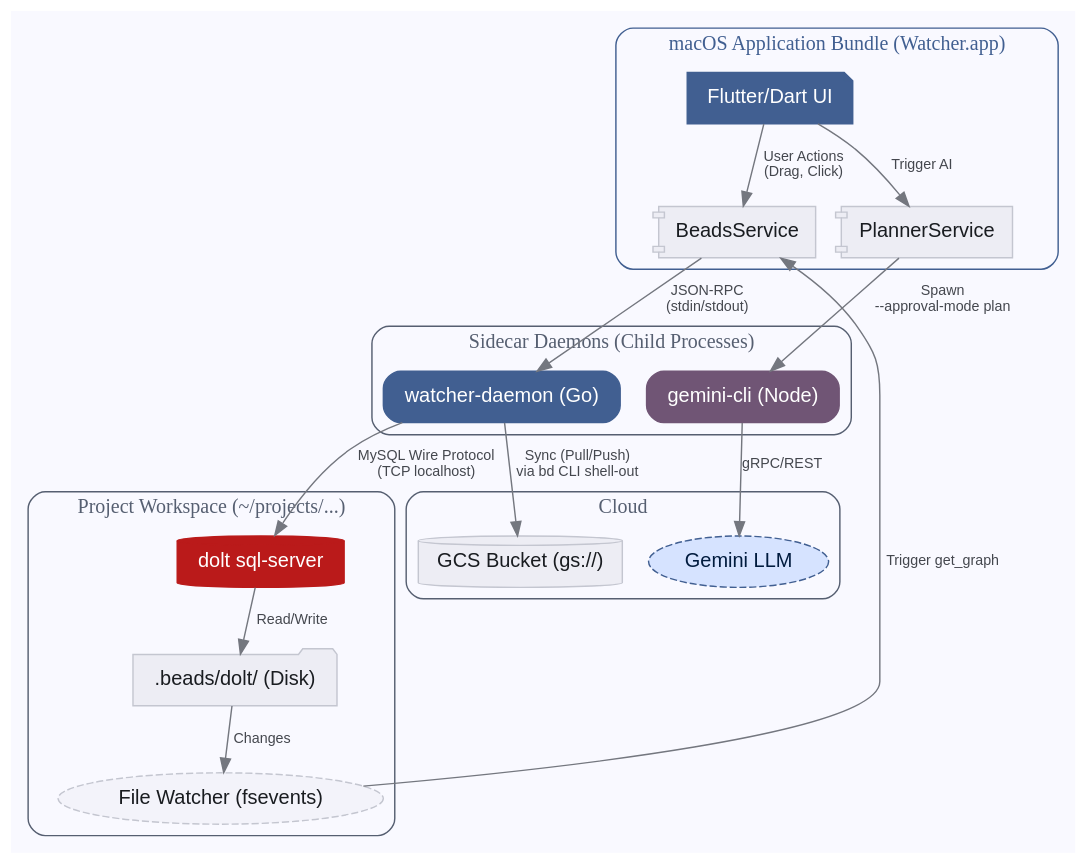
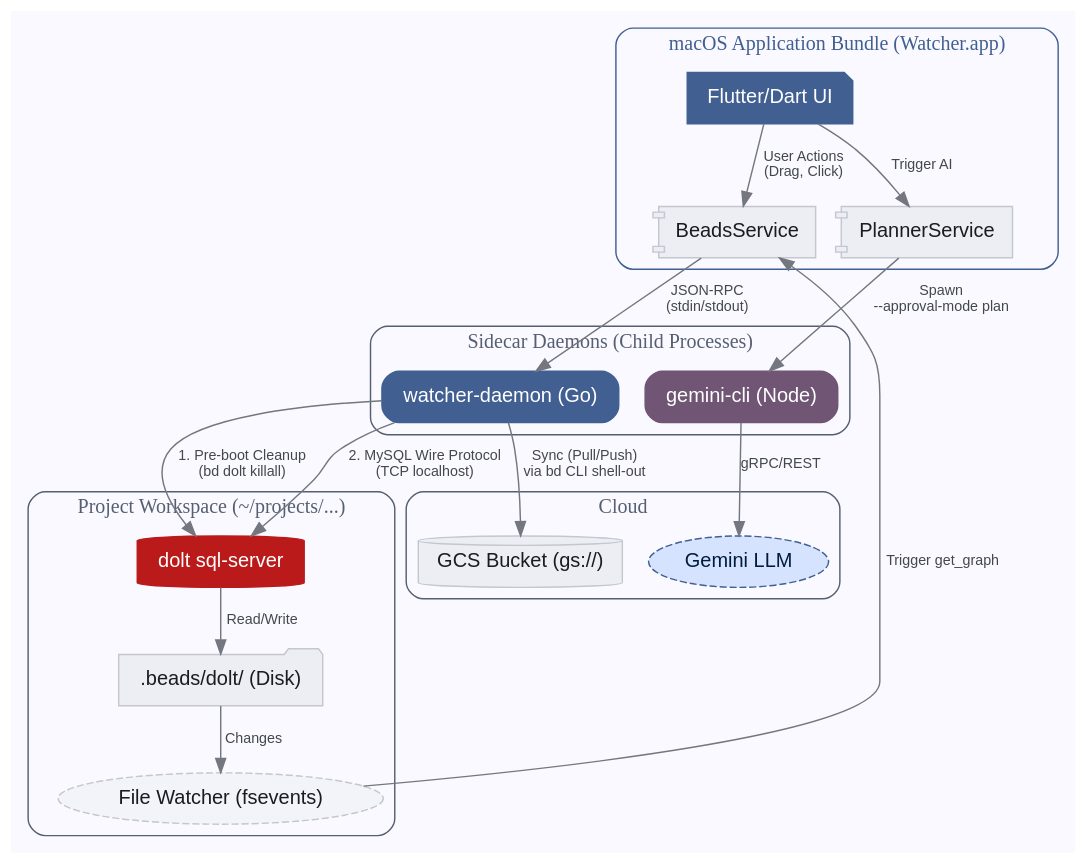
One commit to ghchinoy/watcher changed the diagram in docs/ipc_architecture.dot. Above: the diagram before and after it, drawn with Graphviz. The commit also changed 1 other file, not shown here.

Commit message:
docs: add pre-boot killall step to ipc architecture diagram

```diff
--- a/docs/ipc_architecture.dot
+++ b/docs/ipc_architecture.dot
@@ -1,65 +1,66 @@
 digraph G {
     node [shape=box, style="filled,rounded", fillcolor="#EDEDF4", color="#C4C6D0", fontname="Helvetica", fontcolor="#191C20"];
     edge [fontname="Helvetica", fontsize=10, color="#74777F", fontcolor="#44474E"];
     bgcolor="#F9F9FF";
     
     subgraph cluster_mac_app {
         label = "macOS Application Bundle (Watcher.app)";
         style = rounded;
         color = "#415F91";
         fontcolor = "#415F91";
         
         "Flutter/Dart UI" [shape=note, style="filled,rounded", fillcolor="#415F91", fontcolor="#FFFFFF", color="#415F91"];
         "BeadsService" [shape=component];
         "PlannerService" [shape=component];
         
         "Flutter/Dart UI" -> "BeadsService" [label=" User Actions\n(Drag, Click)"];
         "Flutter/Dart UI" -> "PlannerService" [label=" Trigger AI"];
     }
 
     subgraph cluster_daemon {
         label = "Sidecar Daemons (Child Processes)";
         style = rounded;
         color = "#565F71";
         fontcolor = "#565F71";
         
         "watcher-daemon (Go)" [shape=Mrecord, style="filled,rounded", fillcolor="#415F91", fontcolor="#FFFFFF", color="#415F91"];
         "gemini-cli (Node)" [shape=Mrecord, style="filled,rounded", fillcolor="#705575", fontcolor="#FFFFFF", color="#705575"];
     }
     
     subgraph cluster_db {
         label = "Project Workspace (~/projects/...)";
         style = rounded;
         color = "#565F71";
         fontcolor = "#565F71";
         
         "dolt sql-server" [shape=cylinder, style="filled", fillcolor="#BA1A1A", fontcolor="#FFFFFF", color="#BA1A1A"];
         ".beads/dolt/ (Disk)" [shape=folder];
         "File Watcher (fsevents)" [shape=oval, style="filled,dashed", fillcolor="#F3F3FA"];
     }
     
     subgraph cluster_cloud {
         label = "Cloud";
         style = rounded;
         color = "#565F71";
         fontcolor = "#565F71";
         
         "GCS Bucket (gs://)" [shape=cylinder];
         "Gemini LLM" [shape=ellipse, style="filled,dashed", fillcolor="#D6E3FF", fontcolor="#001B3E", color="#415F91"];
     }
 
     // IPC & Network Connections
     "BeadsService" -> "watcher-daemon (Go)" [label=" JSON-RPC\n(stdin/stdout)"];
     "PlannerService" -> "gemini-cli (Node)" [label=" Spawn\n--approval-mode plan"];
     
-    "watcher-daemon (Go)" -> "dolt sql-server" [label=" MySQL Wire Protocol\n(TCP localhost)"];
+    "watcher-daemon (Go)" -> "dolt sql-server" [label=" 1. Pre-boot Cleanup\n(bd dolt killall)"];
+    "watcher-daemon (Go)" -> "dolt sql-server" [label=" 2. MySQL Wire Protocol\n(TCP localhost)"];
     "dolt sql-server" -> ".beads/dolt/ (Disk)" [label=" Read/Write"];
     
     // Cloud Connections
     "watcher-daemon (Go)" -> "GCS Bucket (gs://)" [label=" Sync (Pull/Push)\nvia bd CLI shell-out"];
     "gemini-cli (Node)" -> "Gemini LLM" [label=" gRPC/REST"];
     
     // Reactive UI Loop
     ".beads/dolt/ (Disk)" -> "File Watcher (fsevents)" [label=" Changes"];
     "File Watcher (fsevents)" -> "BeadsService" [label=" Trigger get_graph"];
 }
```
